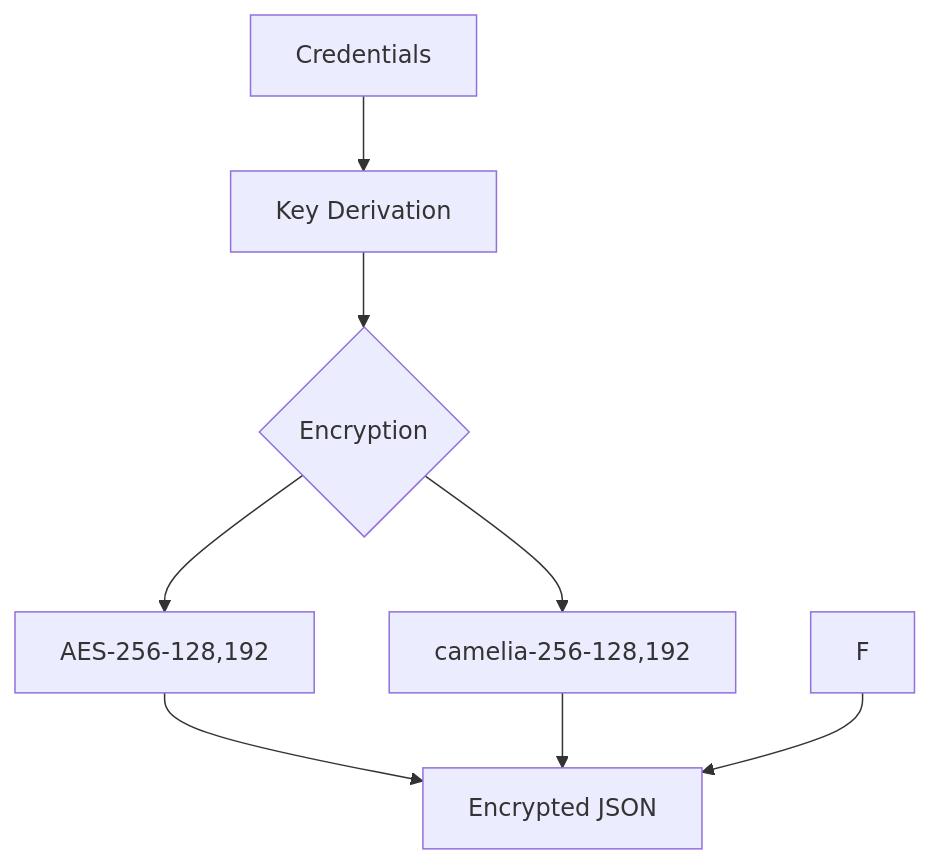
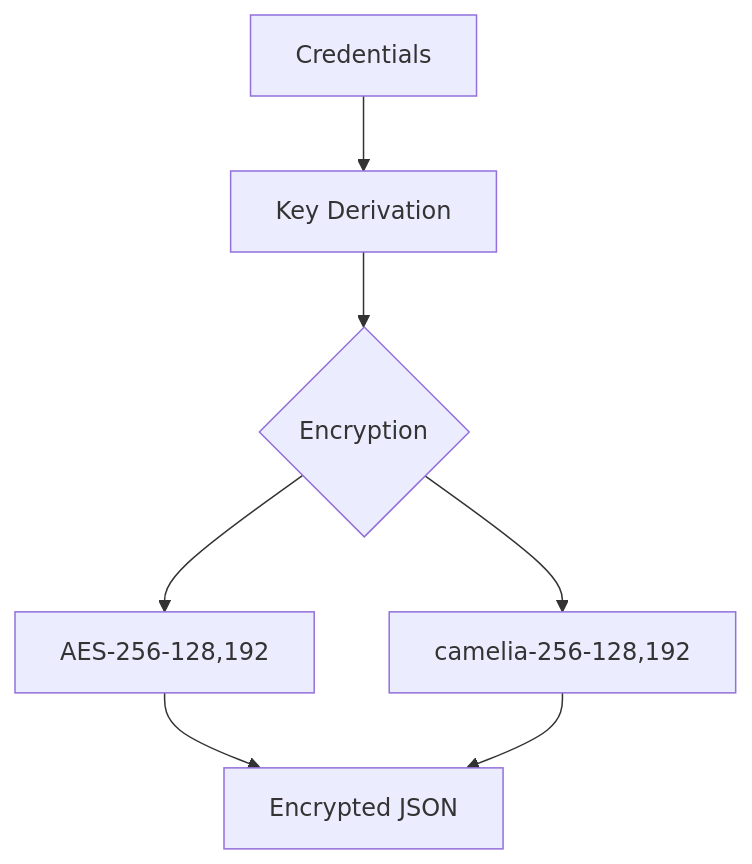
One commit to execius/Locker changed the diagram in README.md. Above: the diagram before and after it, drawn with Mermaid. The commit also changed other lines of this file, not shown here.

````diff
--- a/README.md
+++ b/README.md
@@ -75,10 +76,9 @@
 ```mermaid
 graph TD
     A[Credentials] --> B[Key Derivation]
     B --> C{Encryption}
     C --> D[AES-256-128,192]
     C --> E[camelia-256-128,192]
     D --> G[Encrypted JSON]
-    E --> G
-    F --> G
+    E --> G  
 ```
````
